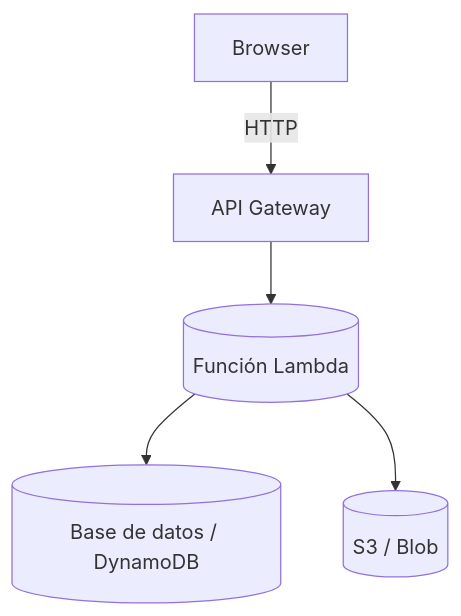
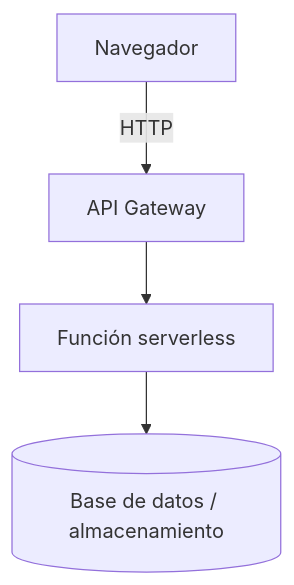
Diagram 15 of 16 in docs/u01/propuesta-ampliada.md (ATorresCode/dwes), drawn with Mermaid before and after one commit. The commit also changed other lines of this file and 3 other files, not shown here.

````diff
--- a/docs/u01/propuesta-ampliada.md
+++ b/docs/u01/propuesta-ampliada.md
@@ -549,7 +480,6 @@
 ```mermaid
 graph TD
-  Browser -->|HTTP| APIGateway[API Gateway]
-  APIGateway --> Function1[(Función Lambda)]
-  Function1 --> DB[(Base de datos / DynamoDB)]
-  Function1 --> Storage[(S3 / Blob)]
+  Navegador -->|HTTP| APIGateway[API Gateway]
+  APIGateway --> Function[Función serverless]
+  Function --> DB[(Base de datos / almacenamiento)]
 ```
````
